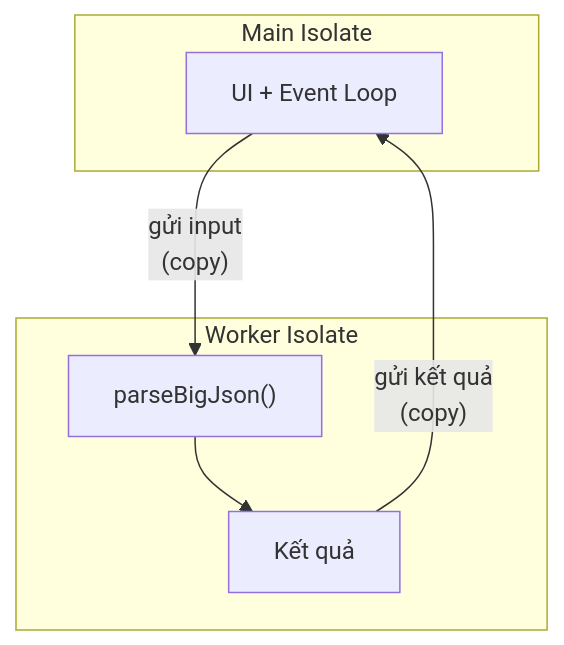
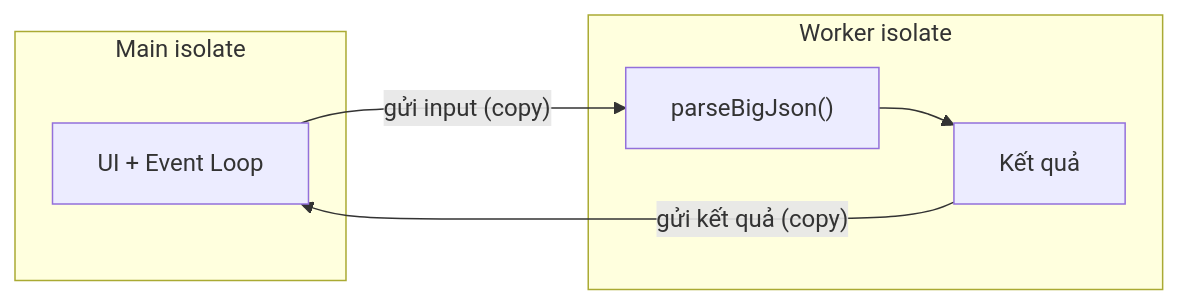
Before and after one commit to h1eu/knowledge: the first of 9 diagrams in flutter/docs/session_01/async/isolates.md, drawn with Mermaid. The commit also changed other lines of this file and 26 other files, not shown here.

````diff
--- a/flutter/docs/session_01/async/isolates.md
+++ b/flutter/docs/session_01/async/isolates.md
@@ -29,11 +53,11 @@
 ```mermaid
-graph TD
-    subgraph "Main Isolate"
+flowchart LR
+    subgraph MAIN["Main isolate"]
         UI["UI + Event Loop"]
     end
-    subgraph "Worker Isolate"
-        W["parseBigJson()"] --> R["Kết quả"]
+    subgraph WORKER["Worker isolate"]
+        P["parseBigJson()"] --> R["Kết quả"]
     end
-    UI -- "gửi input<br/>(copy)" --> W
-    R -- "gửi kết quả<br/>(copy)" --> UI
+    UI -- "gửi input (copy)" --> P
+    R -- "gửi kết quả (copy)" --> UI
 ```
````
